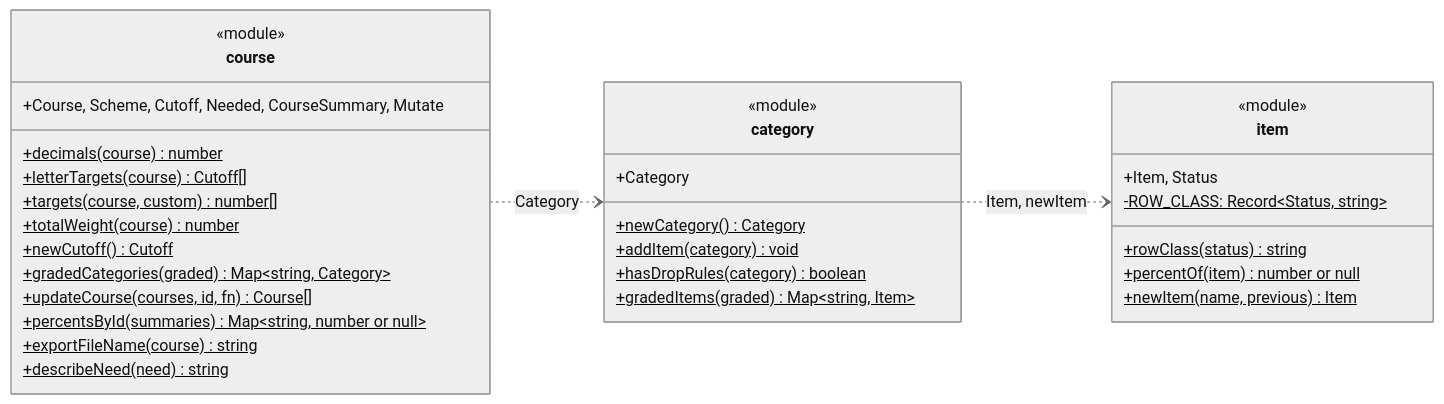
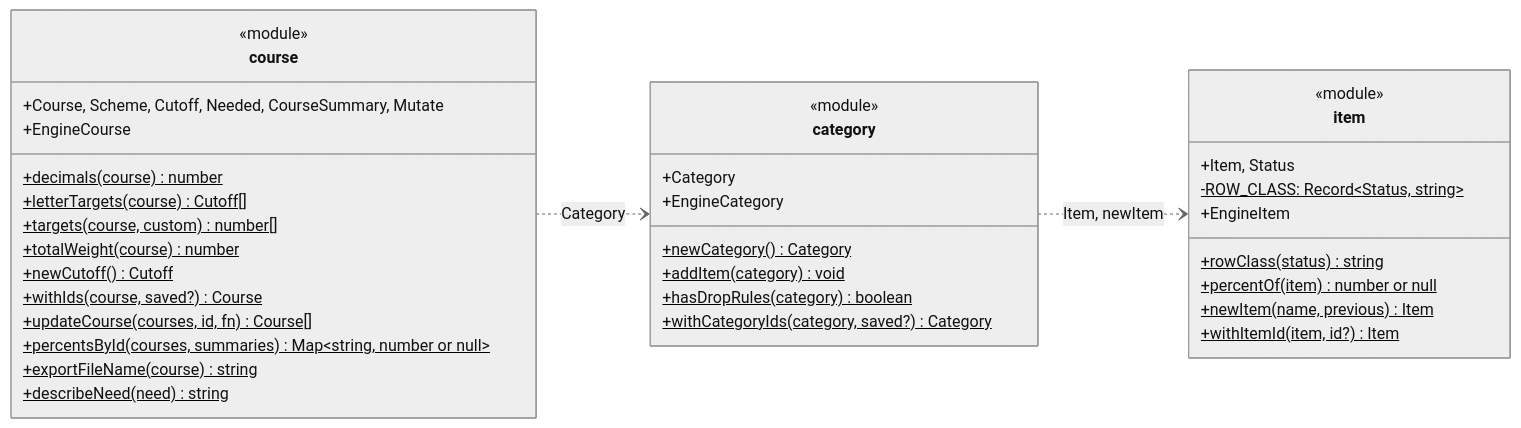
Before and after one commit to Patman1O1/grade-calculator: the ninth of 9 diagrams in docs/uml.md, drawn with Mermaid (neutral theme). The commit also changed other lines of this file and 21 other files, not shown here.

First line of the commit message:
Move ids out of the Rust engine into the front-end

````diff
--- a/docs/uml.md
+++ b/docs/uml.md
@@ -389,36 +376,40 @@
 ```mermaid
 classDiagram
   direction LR
   class course {
     <<module>>
     +Course, Scheme, Cutoff, Needed, CourseSummary, Mutate
     +decimals(course)$ number
     +letterTargets(course)$ Cutoff[]
     +targets(course, custom)$ number[]
     +totalWeight(course)$ number
     +newCutoff()$ Cutoff
-    +gradedCategories(graded)$ Map~string, Category~
+    +EngineCourse
+    +withIds(course, saved?)$ Course
     +updateCourse(courses, id, fn)$ Course[]
-    +percentsById(summaries)$ Map~string, number or null~
+    +percentsById(courses, summaries)$ Map~string, number or null~
     +exportFileName(course)$ string
     +describeNeed(need)$ string
   }
   class category {
     <<module>>
     +Category
     +newCategory()$ Category
     +addItem(category)$ void
     +hasDropRules(category)$ boolean
-    +gradedItems(graded)$ Map~string, Item~
+    +EngineCategory
+    +withCategoryIds(category, saved?)$ Category
   }
   class item {
     <<module>>
     +Item, Status
     -ROW_CLASS: Record~Status, string~$
     +rowClass(status)$ string
     +percentOf(item)$ number or null
     +newItem(name, previous)$ Item
+    +EngineItem
+    +withItemId(item, id?)$ Item
   }
   course ..> category : Category
   category ..> item : Item, newItem
 ```
````
